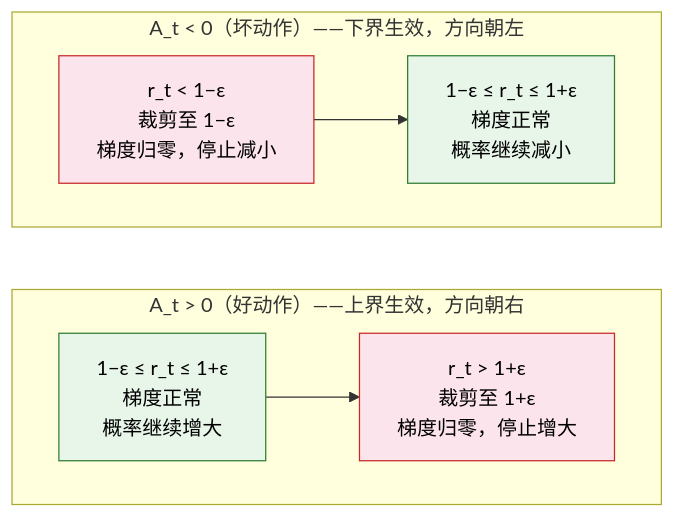
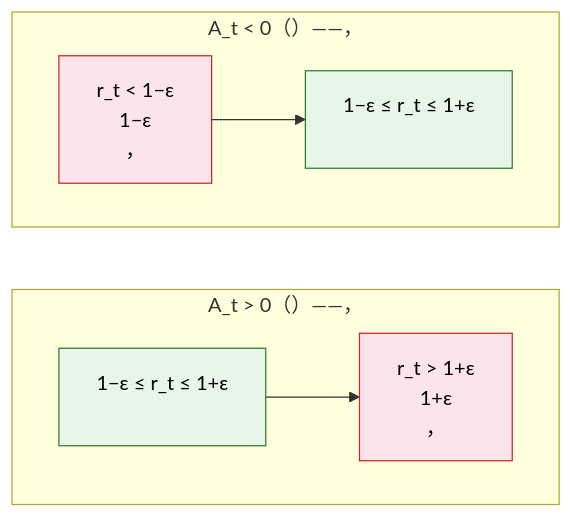
The diagram in docs/chapter07_ppo/trust-region-clipping.md (letslego/hands-on-modern-rl), drawn with Mermaid before and after one commit. The commit also changed other lines of this file and 267 other files, not shown here.

````diff
--- a/docs/chapter07_ppo/trust-region-clipping.md
+++ b/docs/chapter07_ppo/trust-region-clipping.md
@@ -188,18 +188,18 @@
 ```mermaid
 flowchart LR
-    subgraph posA ["A_t > 0（好动作）——上界生效，方向朝右"]
+    subgraph posA ["A_t > 0（）——，"]
         direction LR
-        P_safe["1−ε ≤ r_t ≤ 1+ε\n梯度正常\n概率继续增大"] --> P_clip["r_t > 1+ε\n裁剪至 1+ε\n梯度归零，停止增大"]
+        P_safe["1−ε ≤ r_t ≤ 1+ε\n\n"] --> P_clip["r_t > 1+ε\n 1+ε\n，"]
     end
 
-    subgraph negA ["A_t < 0（坏动作）——下界生效，方向朝左"]
+    subgraph negA ["A_t < 0（）——，"]
         direction LR
-        N_clip["r_t < 1−ε\n裁剪至 1−ε\n梯度归零，停止减小"] --> N_safe["1−ε ≤ r_t ≤ 1+ε\n梯度正常\n概率继续减小"]
+        N_clip["r_t < 1−ε\n 1−ε\n，"] --> N_safe["1−ε ≤ r_t ≤ 1+ε\n\n"]
     end
 
     classDef safe fill:#e8f5e9,stroke:#2e7d32,color:#000
     classDef clip fill:#fce4ec,stroke:#c62828,color:#000
 
     class P_safe,N_safe safe
     class P_clip,N_clip clip
 ```
````
